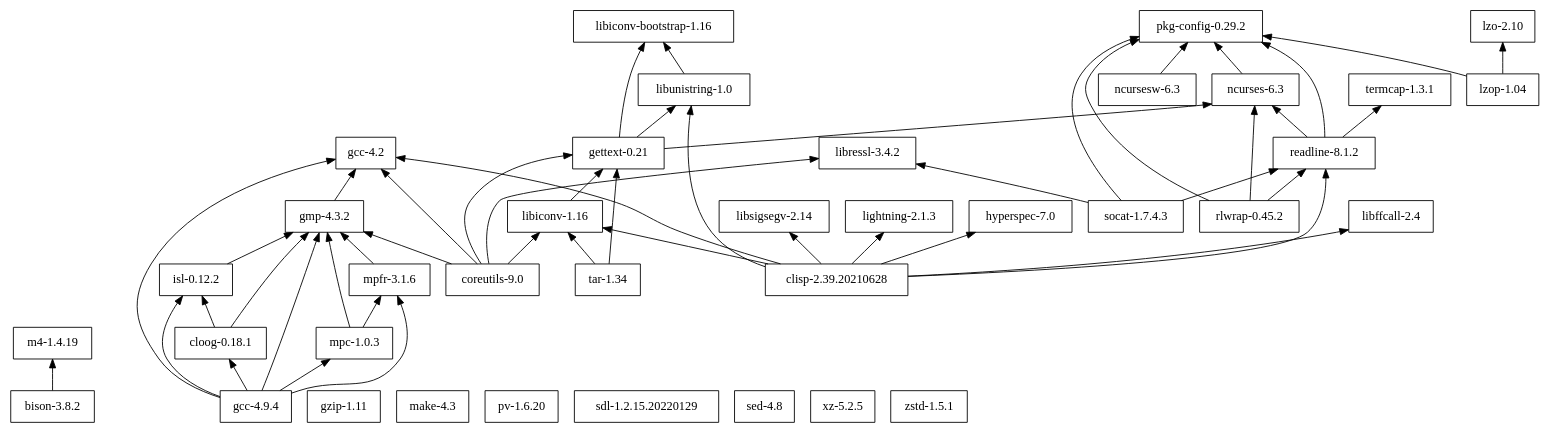
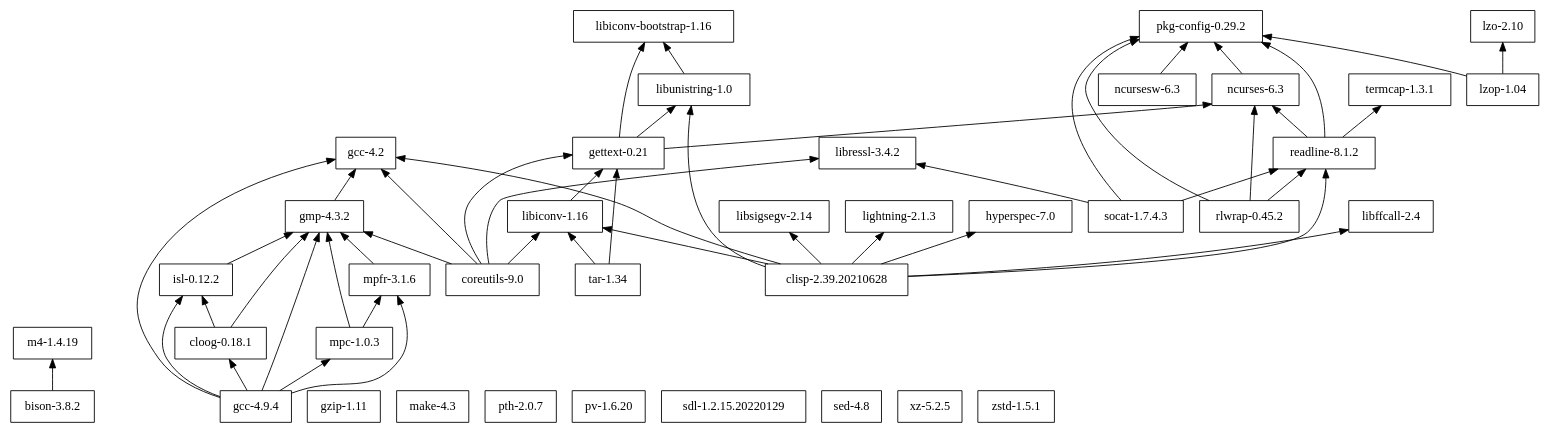
The diagram in leopardsh/deps/dependencies.dot (cellularmitosis/leopard.sh), drawn with Graphviz before and after one commit. The commit also changed 10 other files, not shown here.

```diff
--- a/leopardsh/deps/dependencies.dot
+++ b/leopardsh/deps/dependencies.dot
@@ -1,71 +1,72 @@
 digraph mygraph {
 node [shape=box];
 rankdir = BT;
 
 "bison-3.8.2" -> "m4-1.4.19"
 "clisp-2.39.20210628" -> "gcc-4.2"
 "clisp-2.39.20210628" -> "hyperspec-7.0"
 "clisp-2.39.20210628" -> "libiconv-1.16"
 "clisp-2.39.20210628" -> "libffcall-2.4"
 "clisp-2.39.20210628" -> "libsigsegv-2.14"
 "clisp-2.39.20210628" -> "libunistring-1.0"
 "clisp-2.39.20210628" -> "lightning-2.1.3"
 "clisp-2.39.20210628" -> "readline-8.1.2"
 "cloog-0.18.1" -> "gmp-4.3.2"
 "cloog-0.18.1" -> "isl-0.12.2"
 "coreutils-9.0" -> "gcc-4.2"
 "coreutils-9.0" -> "gettext-0.21"
 "coreutils-9.0" -> "gmp-4.3.2"
 "coreutils-9.0" -> "libiconv-1.16"
 "coreutils-9.0" -> "libressl-3.4.2"
 "gcc-4.2"
 "gcc-4.9.4" -> "cloog-0.18.1"
 "gcc-4.9.4" -> "gcc-4.2"
 "gcc-4.9.4" -> "gmp-4.3.2"
 "gcc-4.9.4" -> "isl-0.12.2"
 "gcc-4.9.4" -> "mpc-1.0.3"
 "gcc-4.9.4" -> "mpfr-3.1.6"
 "gettext-0.21" -> "libiconv-bootstrap-1.16"
 "gettext-0.21" -> "libunistring-1.0"
 "gettext-0.21" -> "ncurses-6.3"
 "gmp-4.3.2" -> "gcc-4.2"
 "gzip-1.11"
 "hyperspec-7.0"
 "isl-0.12.2" -> "gmp-4.3.2"
 "libffcall-2.4"
 "libiconv-1.16" -> "gettext-0.21"
 "libiconv-bootstrap-1.16"
 "libressl-3.4.2"
 "libsigsegv-2.14"
 "libunistring-1.0" -> "libiconv-bootstrap-1.16"
 "lightning-2.1.3"
 "lzo-2.10"
 "lzop-1.04" -> "lzo-2.10"
 "lzop-1.04" -> "pkg-config-0.29.2"
 "m4-1.4.19"
 "make-4.3"
 "mpc-1.0.3" -> "gmp-4.3.2"
 "mpc-1.0.3" -> "mpfr-3.1.6"
 "mpfr-3.1.6" -> "gmp-4.3.2"
 "ncurses-6.3" -> "pkg-config-0.29.2"
 "ncursesw-6.3" -> "pkg-config-0.29.2"
 "pkg-config-0.29.2"
+"pth-2.0.7"
 "pv-1.6.20"
 "readline-8.1.2" -> "ncurses-6.3"
 "readline-8.1.2" -> "pkg-config-0.29.2"
 "readline-8.1.2" -> "termcap-1.3.1"
 "rlwrap-0.45.2" -> "ncurses-6.3"
 "rlwrap-0.45.2" -> "pkg-config-0.29.2"
 "rlwrap-0.45.2" -> "readline-8.1.2"
 "sdl-1.2.15.20220129"
 "sed-4.8"
 "socat-1.7.4.3" -> "libressl-3.4.2"
 "socat-1.7.4.3" -> "pkg-config-0.29.2"
 "socat-1.7.4.3" -> "readline-8.1.2"
 "tar-1.34" -> "gettext-0.21"
 "tar-1.34" -> "libiconv-1.16"
 "termcap-1.3.1"
 "xz-5.2.5"
 "zstd-1.5.1"
 
 }
```
